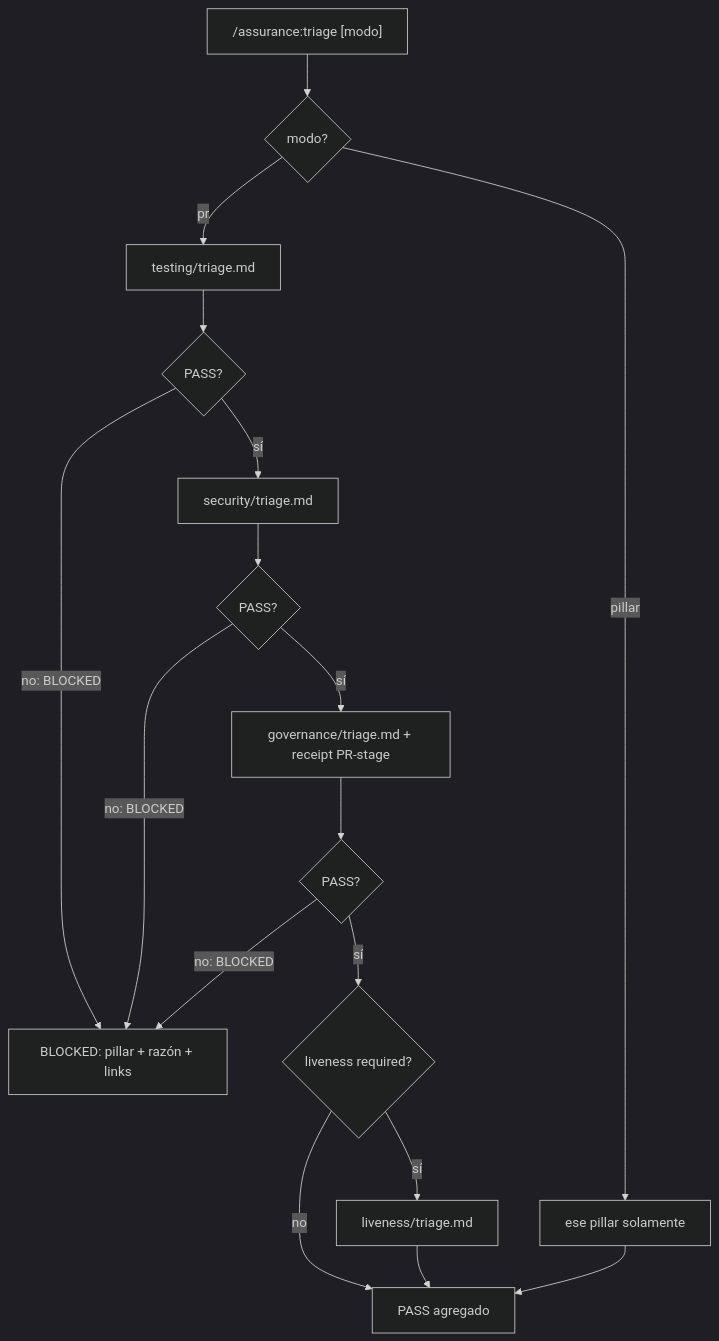
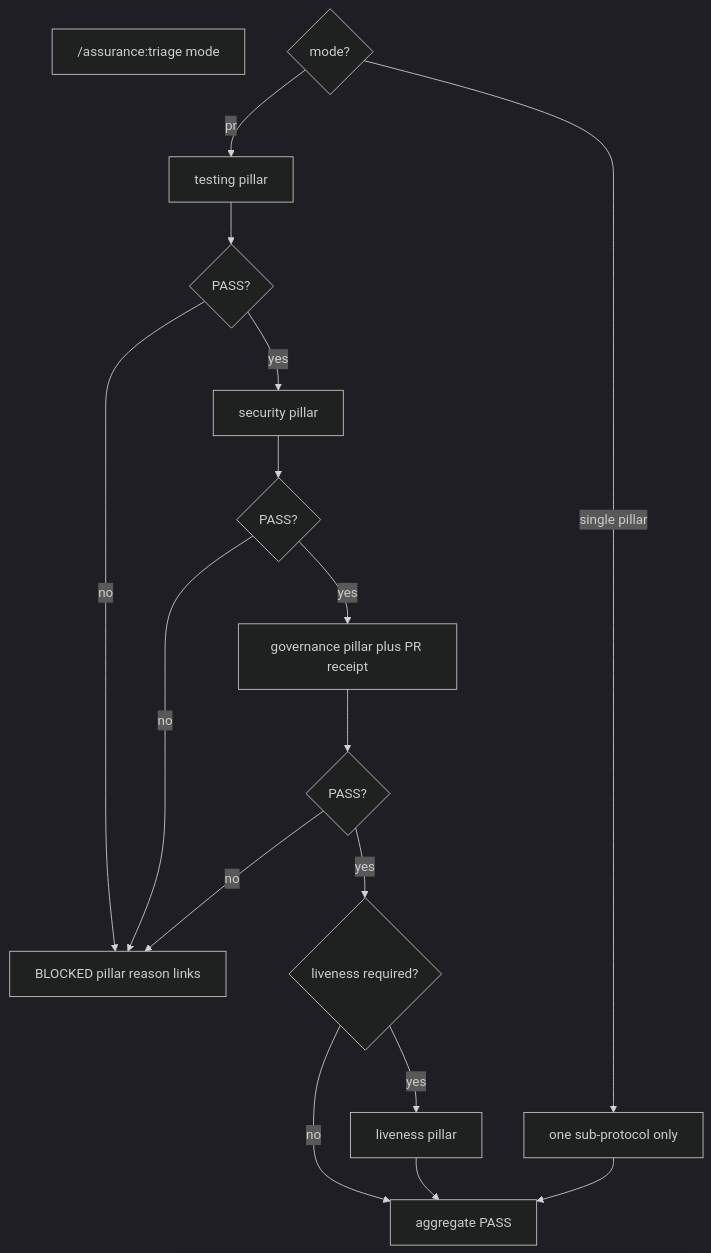
One commit to chimeranext/better-toolkits changed the first of 2 diagrams in toolkits/assurance-toolkit/references/triage/protocol.md. Above: the diagram before and after it, drawn with Mermaid (dark theme). The commit also changed other lines of this file and 4 other files, not shown here.

First line of the commit message:
docs(assurance): align triage hub with governance PR gate spec

````diff
--- a/toolkits/assurance-toolkit/references/triage/protocol.md
+++ b/toolkits/assurance-toolkit/references/triage/protocol.md
@@ -42,19 +57,20 @@
 ```mermaid
 flowchart TD
-    I["/assurance:triage [modo]"] --> M{modo?}
-    M -->|pr| T[testing/triage.md]
-    M -->|pillar| P[ese pillar solamente]
-    T --> VT{PASS?}
-    VT -->|no: BLOCKED| B[BLOCKED: pillar + razón + links]
-    VT -->|sí| S[security/triage.md]
-    S --> VS{PASS?}
-    VS -->|no: BLOCKED| B
-    VS -->|sí| G[governance/triage.md + receipt PR-stage]
-    G --> VG{PASS?}
-    VG -->|no: BLOCKED| B
-    VG -->|sí| L{liveness required?}
-    L -->|no| V[PASS agregado]
-    L -->|sí| LV[liveness/triage.md]
+    I["/assurance:triage mode"]
+    M{"mode?"}
+    M -->|pr| T["testing pillar"]
+    M -->|single pillar| P["one sub-protocol only"]
+    T --> VT{"PASS?"}
+    VT -->|no| B["BLOCKED pillar reason links"]
+    VT -->|yes| S["security pillar"]
+    S --> VS{"PASS?"}
+    VS -->|no| B
+    VS -->|yes| G["governance pillar plus PR receipt"]
+    G --> VG{"PASS?"}
+    VG -->|no| B
+    VG -->|yes| L{"liveness required?"}
+    L -->|no| V["aggregate PASS"]
+    L -->|yes| LV["liveness pillar"]
     LV --> V
     P --> V
 ```
````
